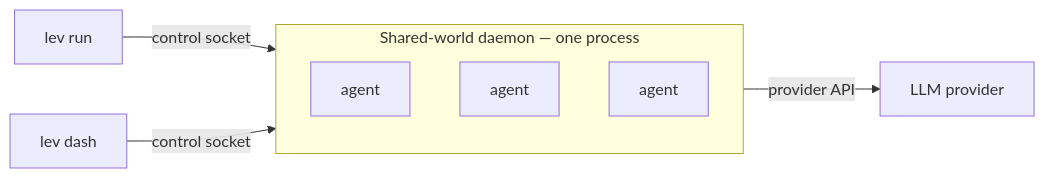
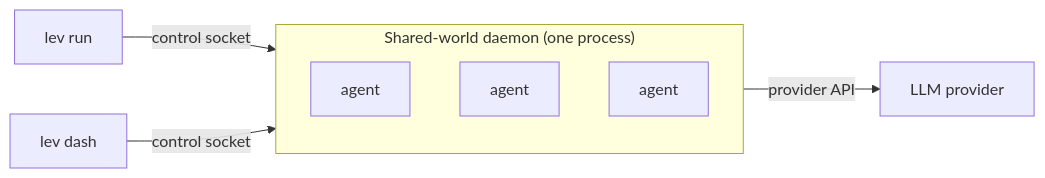
One commit to GEMISIS/leviath changed the second of 2 diagrams in docs/content/getting-started.md. Above: the diagram before and after it, drawn with Mermaid. The commit also changed other lines of this file and 19 other files, not shown here.

````diff
--- a/docs/content/getting-started.md
+++ b/docs/content/getting-started.md
@@ -80,11 +79,11 @@
 ```mermaid
 flowchart LR
   CLI["lev run"] -->|control socket| D
   DASH["lev dash"] -->|control socket| D
-  subgraph D["Shared-world daemon — one process"]
+  subgraph D["Shared-world daemon (one process)"]
     A1["agent"]
     A2["agent"]
     A3["agent"]
   end
   D -->|provider API| P["LLM provider"]
 ```
````
